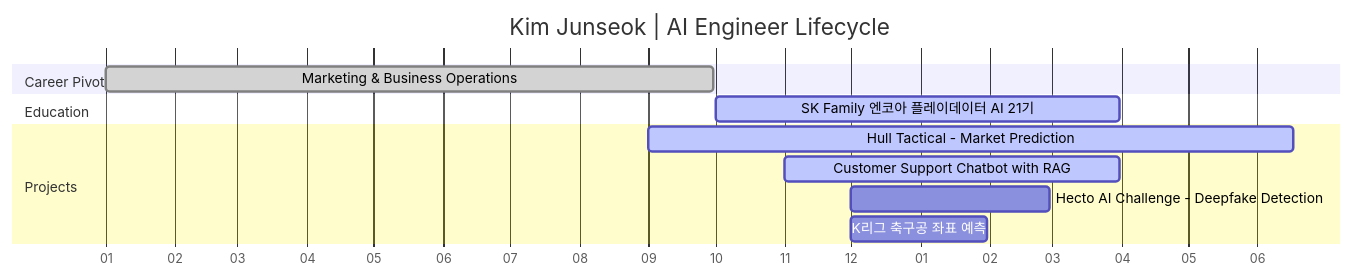
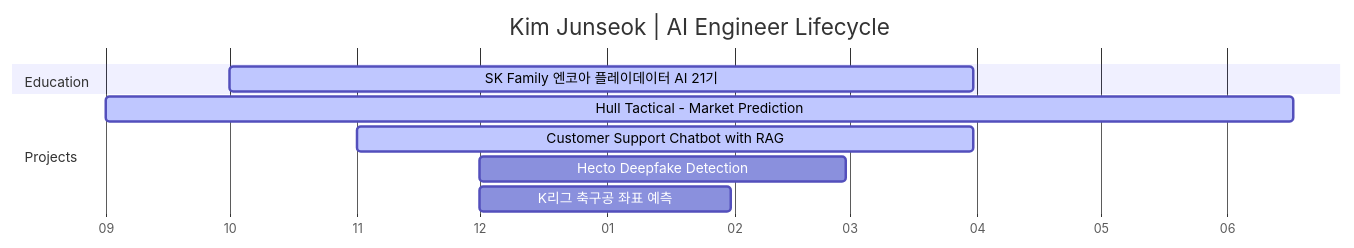
One commit to junreud/junreud changed the diagram in README.md. Above: the diagram before and after it, drawn with Mermaid.

Commit message:
준석_mermaid 그래프 수정

````diff
--- a/README.md
+++ b/README.md
@@ -7,19 +7,16 @@
 ```mermaid
 gantt
     title Kim Junseok | AI Engineer Lifecycle
     dateFormat  YYYY-MM-DD
     axisFormat  %m
     tickInterval 1month
 
-    section Career Pivot
-    Marketing & Business Operations          :done, m1, 2025-01-01, 2025-09-30
-
     section Education
     SK Family 엔코아 플레이데이터 AI 21기      :active, edu1, 2025-10-01, 2026-03-31
 
     section Projects
     Hull Tactical - Market Prediction        :active, p1, 2025-09-01, 2026-06-17
     Customer Support Chatbot with RAG        :active, p2, 2025-11-01, 2026-03-31
-    Hecto AI Challenge - Deepfake Detection  :p3, 2025-12-01, 2026-02-28
+    Hecto Deepfake Detection  :p3, 2025-12-01, 2026-02-28
     K리그 축구공 좌표 예측                     :p4, 2025-12-01, 2026-01-31
 ```
````
